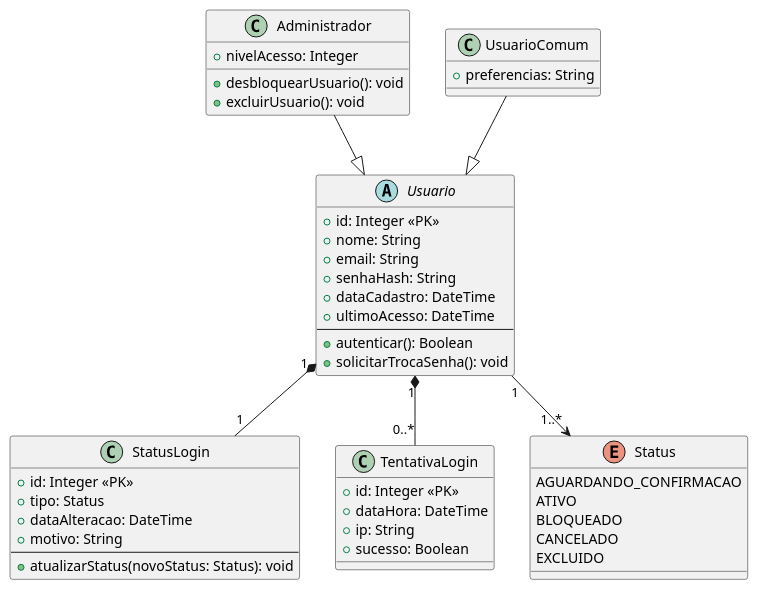
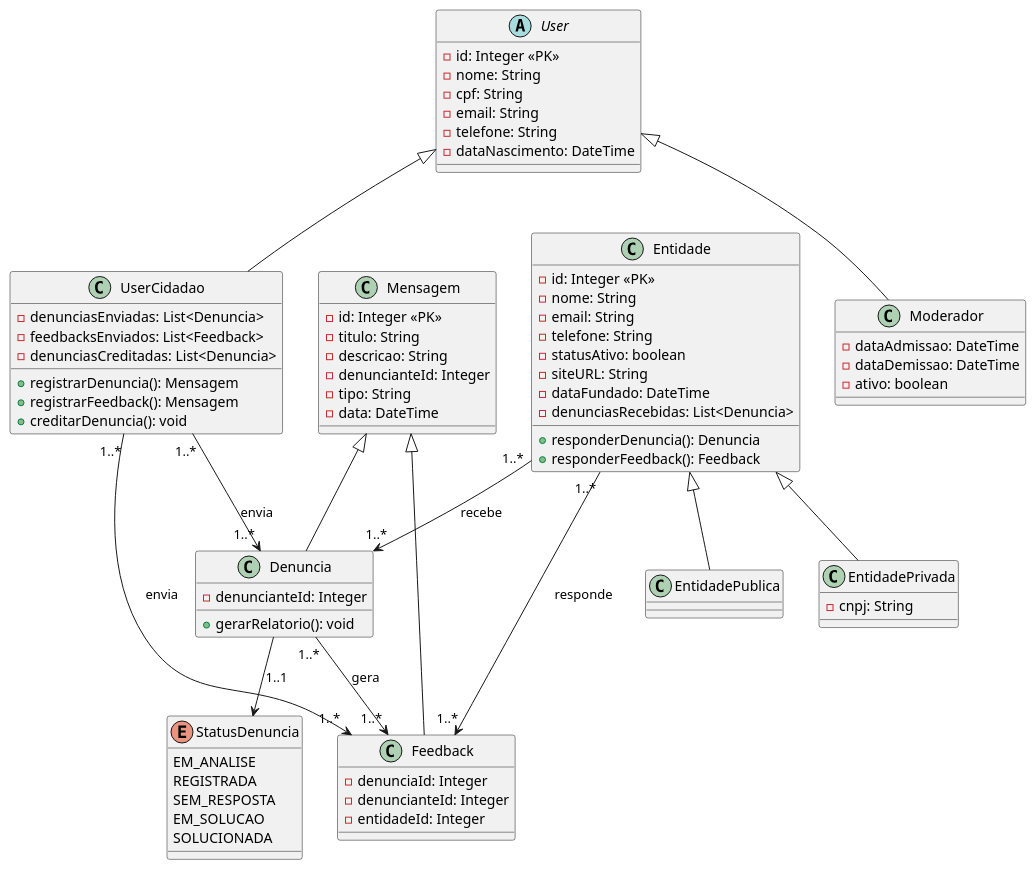
Before and after one commit to rafa-alves6/Reclama.se-AOO: the second of 2 diagrams in modelos/readme.md, drawn with PlantUML. The commit also changed other lines of this file, not shown here.

````diff
--- a/modelos/readme.md
+++ b/modelos/readme.md
@@ -60,59 +67,93 @@
 ```plantuml
 @startuml
-skinparam groupInheritance 2
-abstract class Usuario {
-  + id: Integer <<PK>>
-  + nome: String
-  + email: String
-  + senhaHash: String
-  + dataCadastro: DateTime
-  + ultimoAcesso: DateTime
-  --
-  + autenticar(): Boolean
-  + solicitarTrocaSenha(): void
+abstract class User {
+  - id: Integer <<PK>>
+  - nome: String
+  - cpf: String
+  - email: String
+  - telefone: String 
+  - dataNascimento: DateTime
 }
 
-class Administrador {
-  + nivelAcesso: Integer
-  + desbloquearUsuario(): void
-  + excluirUsuario(): void
+class UserCidadao {
+  - denunciasEnviadas: List<Denuncia> 
+  - feedbacksEnviados: List<Feedback>
+  - denunciasCreditadas: List<Denuncia>
+  + registrarDenuncia(): Mensagem
+  + registrarFeedback(): Mensagem
+  + creditarDenuncia(): void
 }
 
-class UsuarioComum {
-  + preferencias: String
+class Moderador {
+  - dataAdmissao: DateTime
+  - dataDemissao: DateTime
+  - ativo: boolean
 }
 
-class StatusLogin{
-  + id: Integer <<PK>>
-  + tipo: Status
-  + dataAlteracao: DateTime
-  + motivo: String
-  --
-  + atualizarStatus(novoStatus: Status): void
+UserCidadao -up-|> User
+Moderador -up-|> User
+
+class Entidade {
+  - id: Integer <<PK>>
+  - nome: String
+  - email: String
+  - telefone: String
+  - statusAtivo: boolean 
+  - siteURL: String 
+  - dataFundado: DateTime
+  - denunciasRecebidas: List<Denuncia>
+  + responderDenuncia(): Denuncia
+  + responderFeedback(): Feedback
 }
 
-class TentativaLogin {
-  + id: Integer <<PK>>
-  + dataHora: DateTime
-  + ip: String
-  + sucesso: Boolean
+
+class EntidadePublica {
+} 
+
+class EntidadePrivada {
+  - cnpj: String
 }
 
-Usuario "1" *-- "1" StatusLogin
-Usuario "1" *-- "0..*" TentativaLogin
+EntidadePublica -up-|> Entidade
+EntidadePrivada -up-|> Entidade
 
-Administrador --|> Usuario
-UsuarioComum --|> Usuario
-
-enum Status {
-  AGUARDANDO_CONFIRMACAO
-  ATIVO
-  BLOQUEADO
-  CANCELADO
-  EXCLUIDO
+class Mensagem {
+  - id: Integer <<PK>>
+  - titulo: String
+  - descricao: String
+  - denuncianteId: Integer
+  - tipo: String 
+  - data: DateTime
 }
 
-Usuario "1" --> "1..*" Status
+class Denuncia {
+  - denuncianteId: Integer
+  + gerarRelatorio(): void
+}
+
+class Feedback {
+  - denunciaId: Integer
+  - denuncianteId: Integer
+  - entidadeId: Integer
+}
+
+Denuncia -up-|> Mensagem
+Feedback -up-|> Mensagem 
+
+enum StatusDenuncia {
+  EM_ANALISE
+  REGISTRADA
+  SEM_RESPOSTA
+  EM_SOLUCAO
+  SOLUCIONADA
+}
+
+Denuncia --> StatusDenuncia : 1..1
+UserCidadao "1..*" --> "1..*" Denuncia : envia
+UserCidadao "1..*" --> "1..*" Feedback : envia
+Entidade "1..*" --> "1..*" Denuncia : recebe
+Entidade "1..*" --> "1..*" Feedback : responde
+Denuncia "1..*" --> "1..*" Feedback : gera
 
 @enduml
 ```
````
